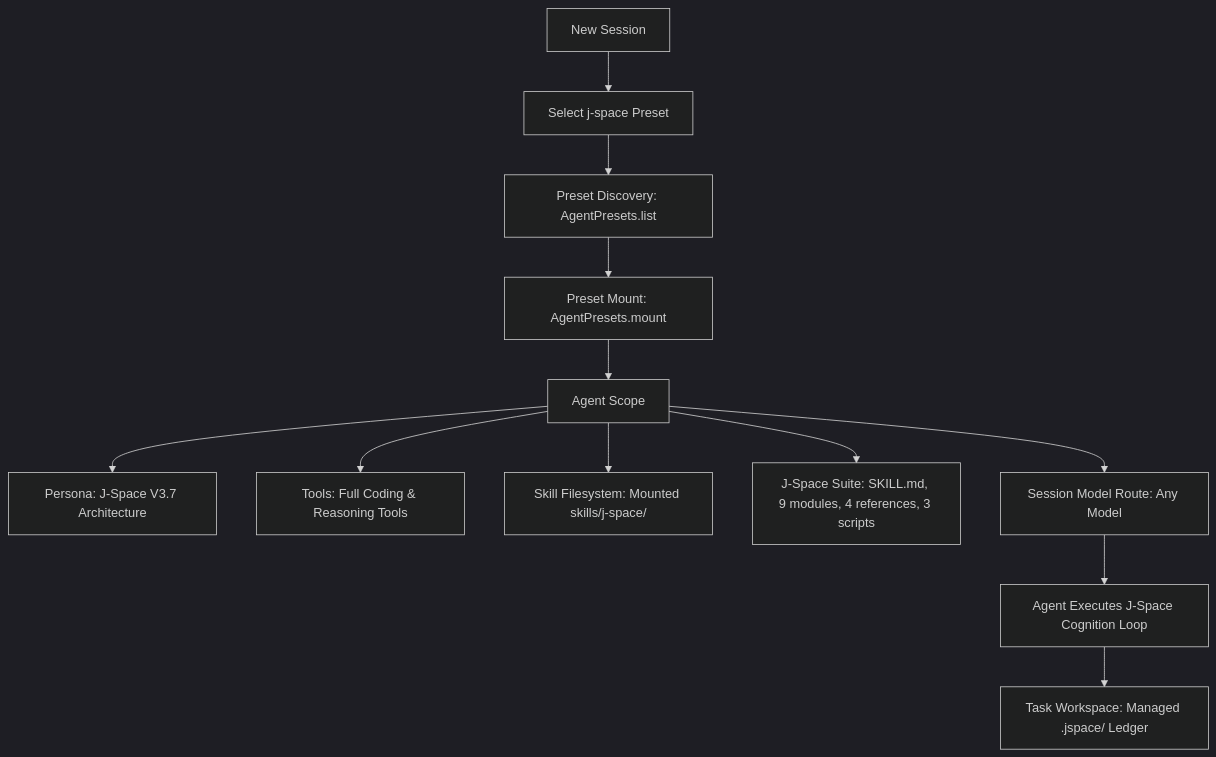
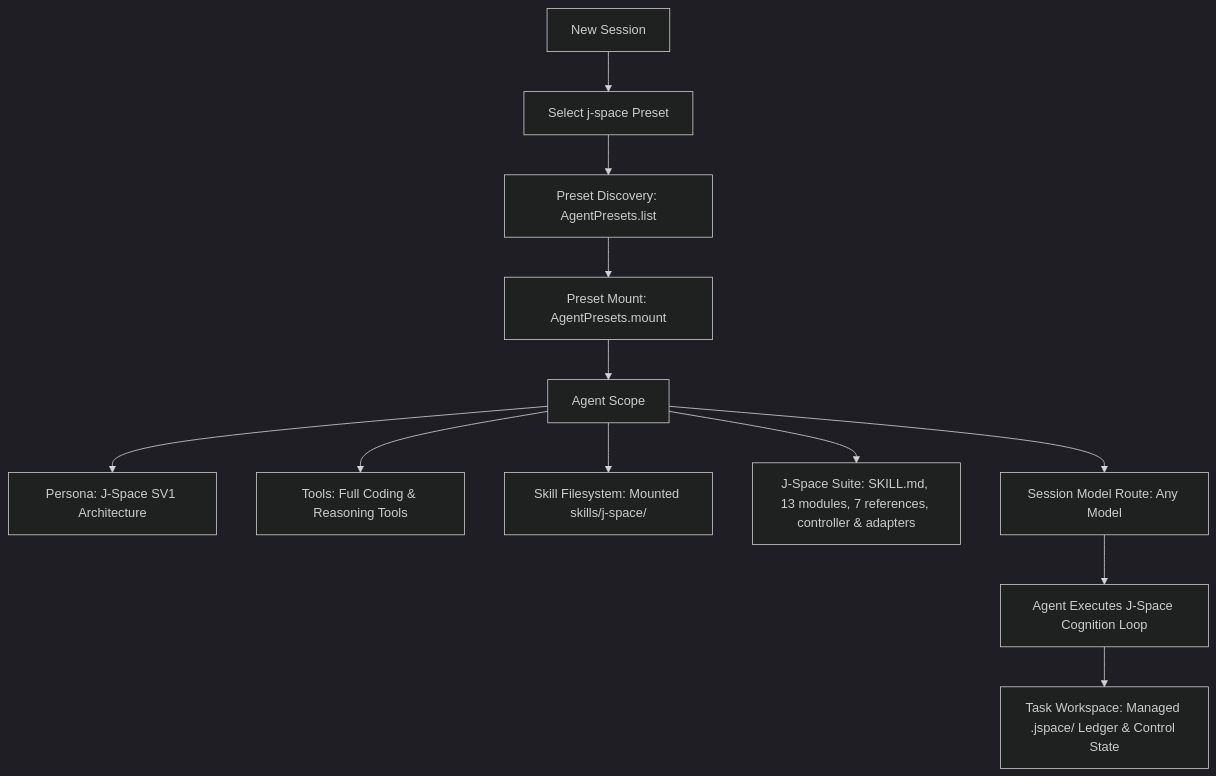
Before and after one commit to AnonyJcy/dsh-j-space: the diagram in README.en.md, drawn with Mermaid (dark theme). The commit also changed other lines of this file and 35 other files, not shown here.

First line of the commit message:
feat: sync upstream J-Space Cognition Suite SV1 (b202312) and bump to 1.1.0

````diff
--- a/README.en.md
+++ b/README.en.md
@@ -131,14 +131,14 @@
 ```mermaid
 flowchart TD
     A[New Session] --> B[Select j-space Preset]
     B --> C[Preset Discovery: AgentPresets.list]
     C --> D[Preset Mount: AgentPresets.mount]
     D --> E[Agent Scope]
-    E --> F1[Persona: J-Space V3.7 Architecture]
+    E --> F1[Persona: J-Space SV1 Architecture]
     E --> F2[Tools: Full Coding & Reasoning Tools]
     E --> F3[Skill Filesystem: Mounted skills/j-space/]
-    E --> F4[J-Space Suite: SKILL.md, 9 modules, 4 references, 3 scripts]
+    E --> F4[J-Space Suite: SKILL.md, 13 modules, 7 references, controller & adapters]
     E --> G[Session Model Route: Any Model]
     G --> H[Agent Executes J-Space Cognition Loop]
-    H --> I[Task Workspace: Managed .jspace/ Ledger]
+    H --> I[Task Workspace: Managed .jspace/ Ledger & Control State]
 ```
````
